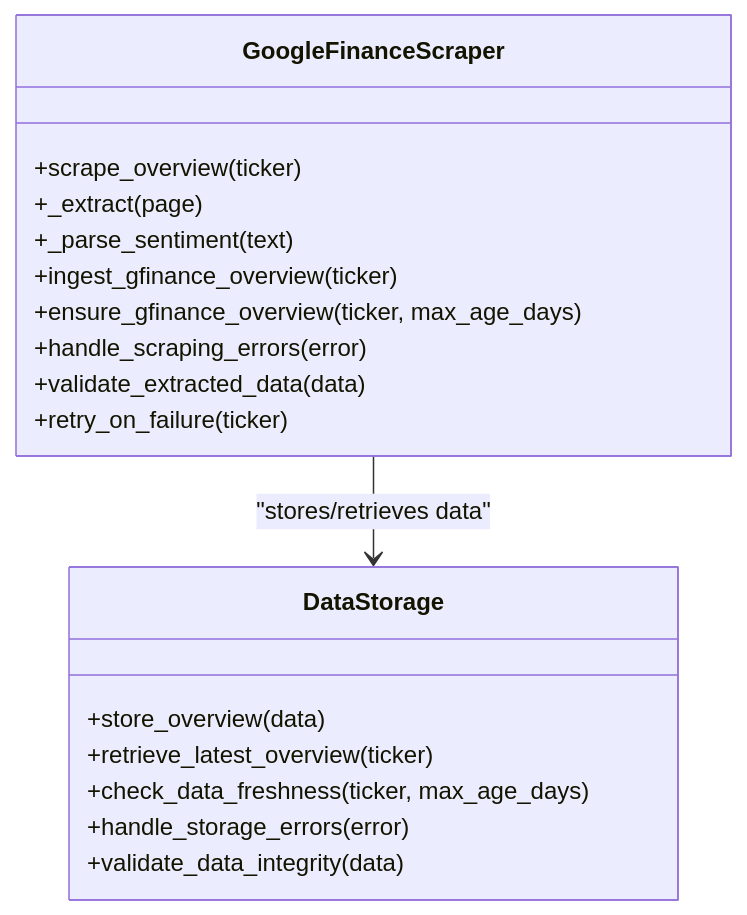
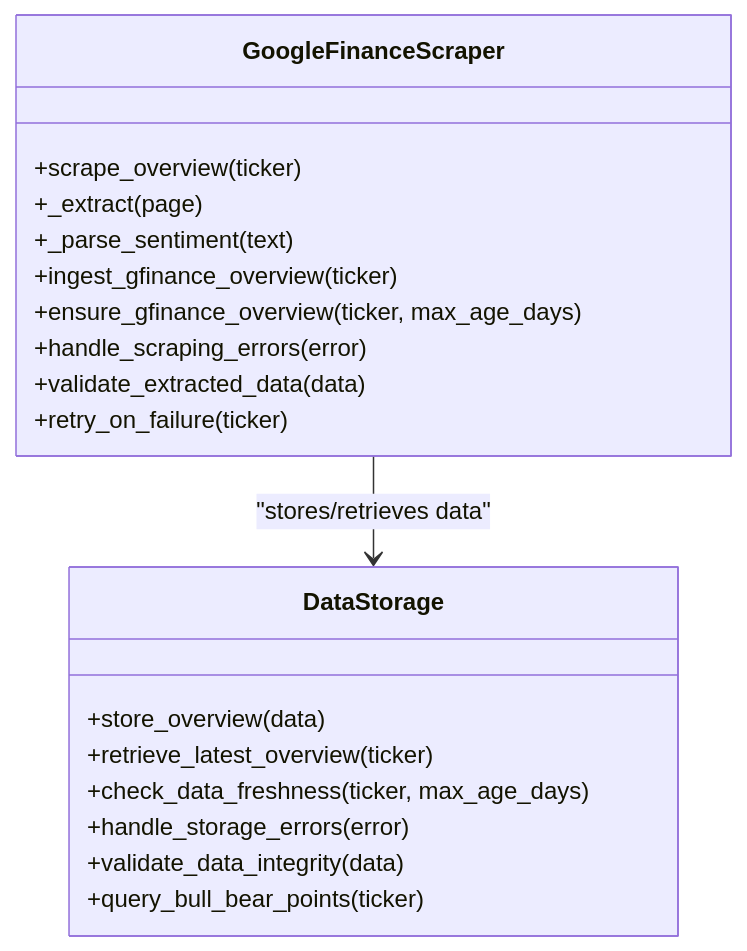
The tenth of 13 diagrams in .qoder/repowiki/en/content/Core Components/Analysis Framework.md (ZengSeng/telegram-bot), drawn with Mermaid before and after one commit. The commit also changed other lines of this file and 11 other files, not shown here.

````diff
--- a/.qoder/repowiki/en/content/Core Components/Analysis Framework.md
+++ b/.qoder/repowiki/en/content/Core Components/Analysis Framework.md
@@ -547,21 +557,22 @@
 ```mermaid
 classDiagram
 class GoogleFinanceScraper {
 +scrape_overview(ticker)
 +_extract(page)
 +_parse_sentiment(text)
 +ingest_gfinance_overview(ticker)
 +ensure_gfinance_overview(ticker, max_age_days)
 +handle_scraping_errors(error)
 +validate_extracted_data(data)
 +retry_on_failure(ticker)
 }
 class DataStorage {
 +store_overview(data)
 +retrieve_latest_overview(ticker)
 +check_data_freshness(ticker, max_age_days)
 +handle_storage_errors(error)
 +validate_data_integrity(data)
++query_bull_bear_points(ticker)
 }
 GoogleFinanceScraper --> DataStorage : "stores/retrieves data"
 ```
````
